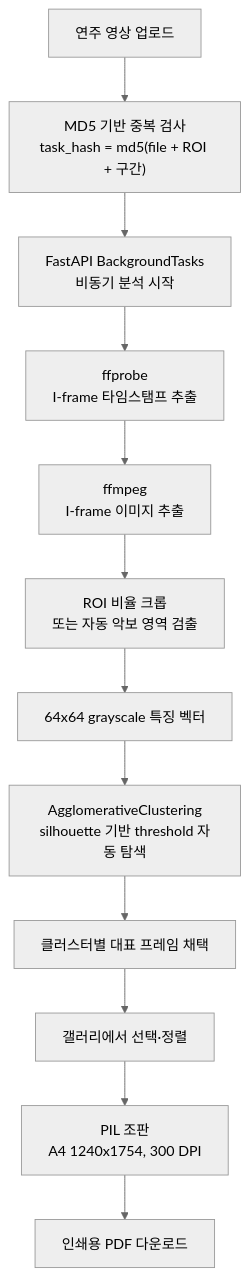
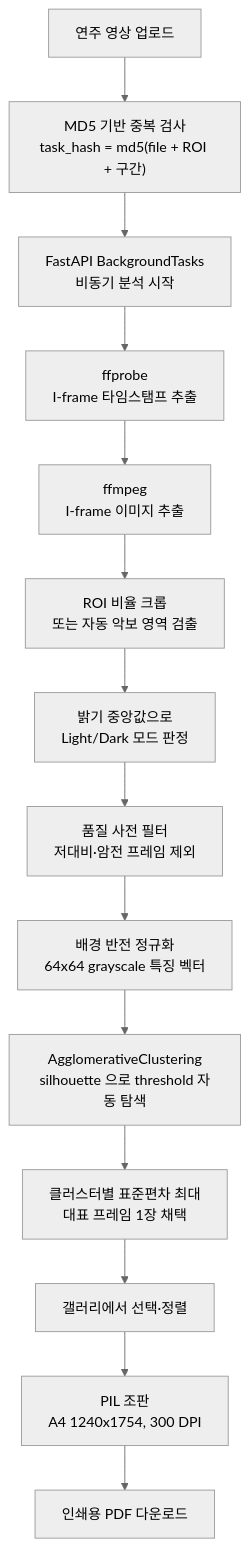
The diagram in docs/PROJECT-PROMOTION.md (tohichoi/sheet-music-extractor), drawn with Mermaid (neutral theme) before and after one commit. The commit also changed other lines of this file and 2 other files, not shown here.

````diff
--- a/docs/PROJECT-PROMOTION.md
+++ b/docs/PROJECT-PROMOTION.md
@@ -21,14 +21,16 @@
 ```mermaid
 flowchart TD
     A["연주 영상 업로드"] --> B["MD5 기반 중복 검사<br/>task_hash = md5(file + ROI + 구간)"]
     B --> C["FastAPI BackgroundTasks<br/>비동기 분석 시작"]
     C --> D["ffprobe<br/>I-frame 타임스탬프 추출"]
     D --> E["ffmpeg<br/>I-frame 이미지 추출"]
     E --> F["ROI 비율 크롭<br/>또는 자동 악보 영역 검출"]
-    F --> G["64x64 grayscale 특징 벡터"]
-    G --> H["AgglomerativeClustering<br/>silhouette 기반 threshold 자동 탐색"]
-    H --> I["클러스터별 대표 프레임 채택"]
-    I --> J["갤러리에서 선택·정렬"]
-    J --> K["PIL 조판<br/>A4 1240x1754, 300 DPI"]
-    K --> L["인쇄용 PDF 다운로드"]
+    F --> G["밝기 중앙값으로<br/>Light/Dark 모드 판정"]
+    G --> H["품질 사전 필터<br/>저대비·암전 프레임 제외"]
+    H --> I["배경 반전 정규화<br/>64x64 grayscale 특징 벡터"]
+    I --> J["AgglomerativeClustering<br/>silhouette 으로 threshold 자동 탐색"]
+    J --> K["클러스터별 표준편차 최대<br/>대표 프레임 1장 채택"]
+    K --> L["갤러리에서 선택·정렬"]
+    L --> M["PIL 조판<br/>A4 1240x1754, 300 DPI"]
+    M --> N["인쇄용 PDF 다운로드"]
 ```
````
